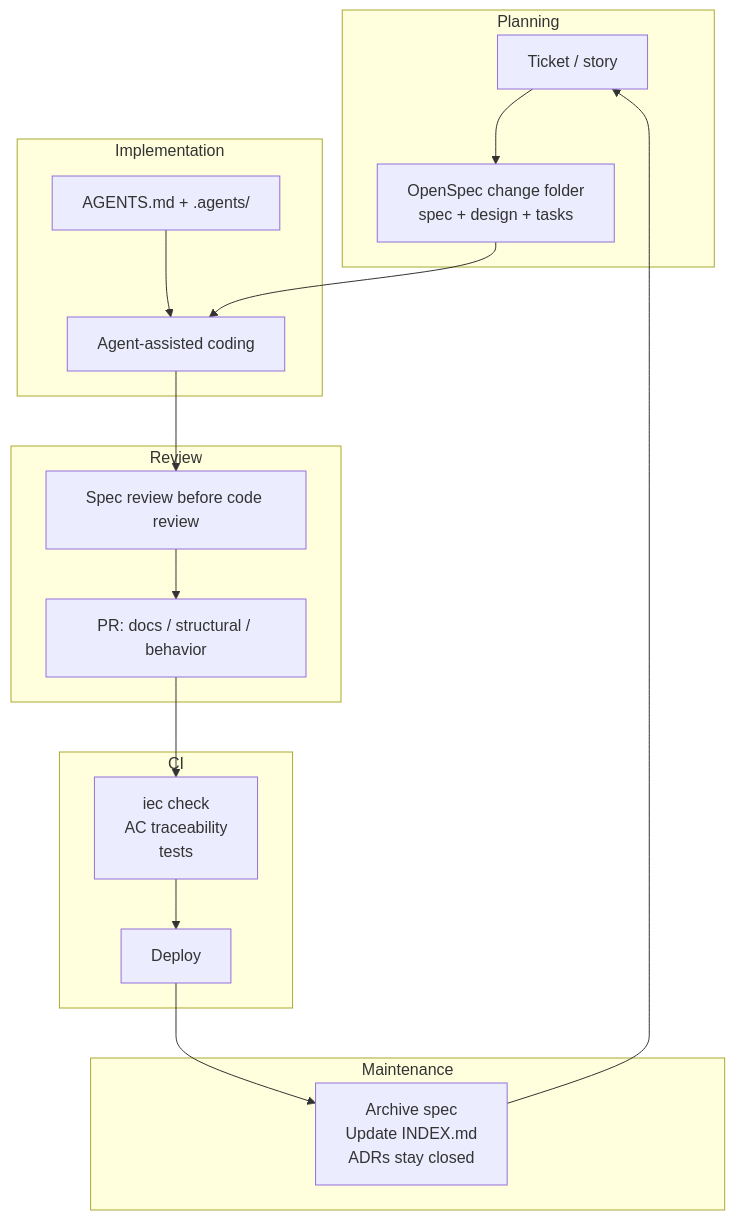
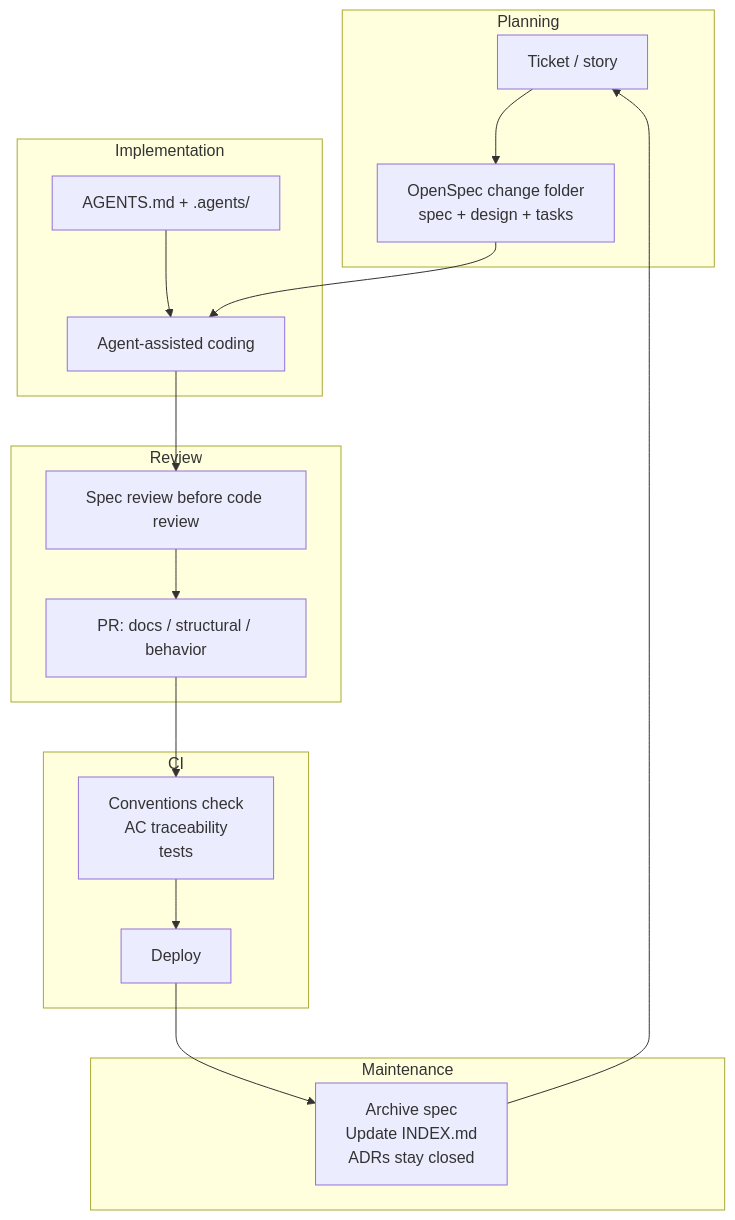
One commit to intent-engineering-for-coding-agents/book changed the diagram in content/foundation/intent-engineering-and-the-sdlc.md. Above: the diagram before and after it, drawn with Mermaid. The commit also changed other lines of this file and 5 other files, not shown here.

````diff
--- a/content/foundation/intent-engineering-and-the-sdlc.md
+++ b/content/foundation/intent-engineering-and-the-sdlc.md
@@ -15,22 +15,22 @@
 ```mermaid
 graph TD
     subgraph Planning
         A[Ticket / story] --> B[OpenSpec change folder<br/>spec + design + tasks]
     end
     subgraph Implementation
         C["AGENTS.md + .agents/"] --> D[Agent-assisted coding]
         B --> D
     end
     subgraph Review
         D --> E[Spec review before code review]
         E --> F[PR: docs / structural / behavior]
     end
     subgraph CI
-        F --> G[iec check<br/>AC traceability<br/>tests]
+        F --> G[Conventions check<br/>AC traceability<br/>tests]
         G --> H[Deploy]
     end
     subgraph Maintenance
         H --> I[Archive spec<br/>Update INDEX.md<br/>ADRs stay closed]
         I --> A
     end
 ```
````
